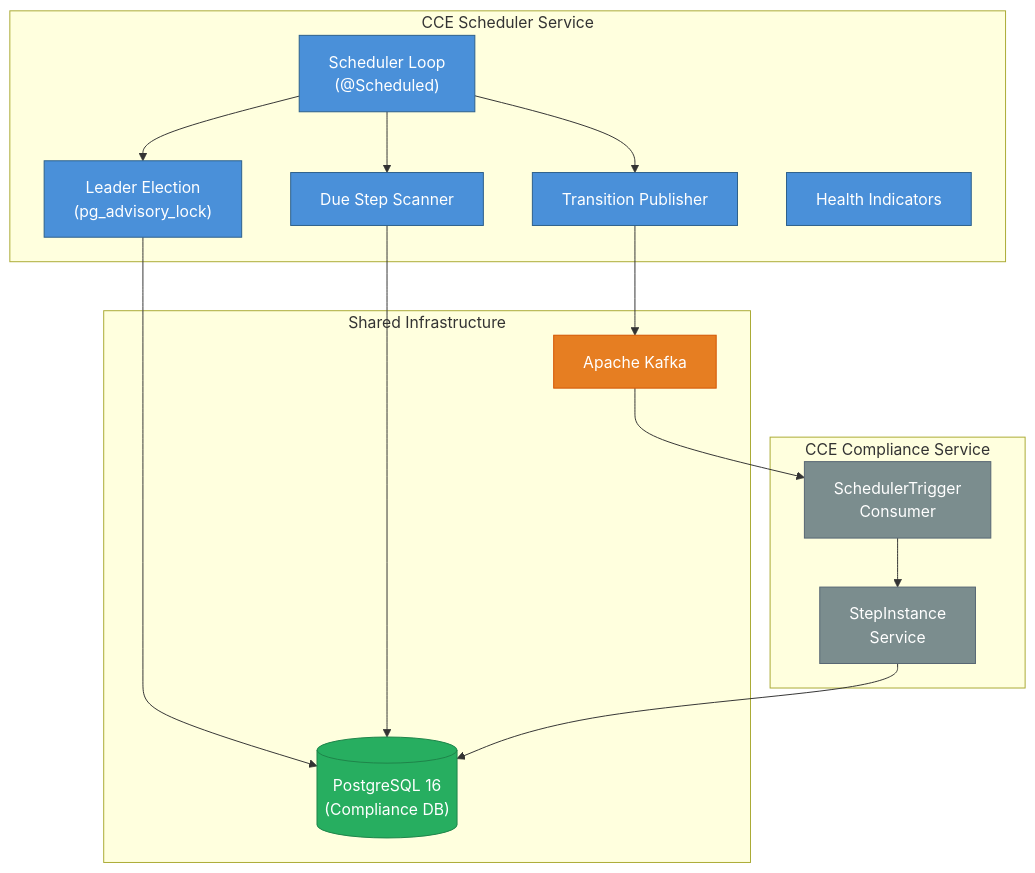
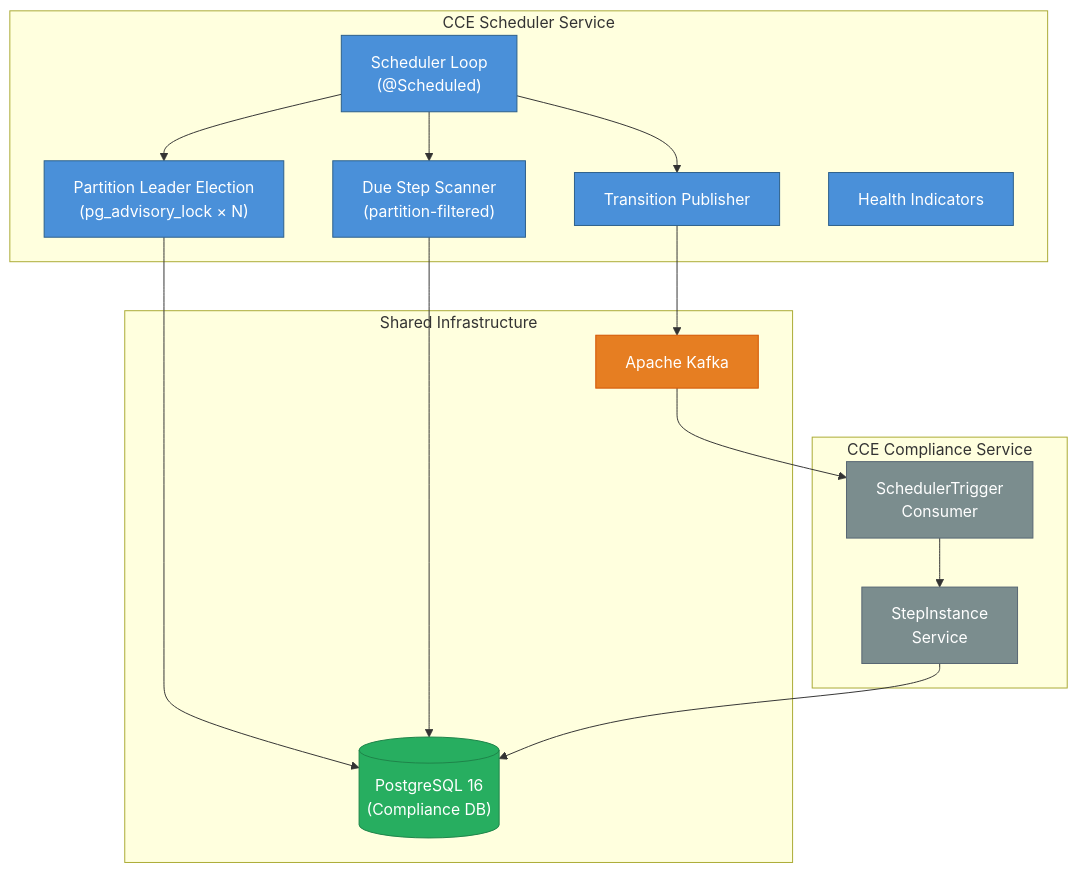
The diagram in docs/architecture-overview.md (Jayaprakash8887/cce-scheduler-service), drawn with Mermaid before and after one commit. The commit also changed other lines of this file and 5 other files, not shown here.

````diff
--- a/docs/architecture-overview.md
+++ b/docs/architecture-overview.md
@@ -7,40 +7,40 @@
 ```mermaid
 graph TB
     subgraph CCE Scheduler Service
-        LEADER["Leader Election<br/>(pg_advisory_lock)"]
+        LEADER["Partition Leader Election<br/>(pg_advisory_lock × N)"]
         LOOP["Scheduler Loop<br/>(@Scheduled)"]
-        SCANNER["Due Step Scanner"]
+        SCANNER["Due Step Scanner<br/>(partition-filtered)"]
         PUBLISHER["Transition Publisher"]
         HEALTH["Health Indicators"]
     end
 
     subgraph Shared Infrastructure
         DB[("PostgreSQL 16<br/>(Compliance DB)")]
         KAFKA["Apache Kafka"]
     end
 
     subgraph CCE Compliance Service
         CONSUMER["SchedulerTrigger<br/>Consumer"]
         STEP_SVC["StepInstance<br/>Service"]
     end
 
     LEADER --> DB
     LOOP --> LEADER
     LOOP --> SCANNER
     LOOP --> PUBLISHER
     SCANNER --> DB
     PUBLISHER --> KAFKA
     KAFKA --> CONSUMER
     CONSUMER --> STEP_SVC
     STEP_SVC --> DB
 
     classDef service fill:#4A90D9,stroke:#2C5F8A,color:white
     classDef data fill:#27AE60,stroke:#1E8449,color:white
     classDef broker fill:#E67E22,stroke:#D35400,color:white
     classDef external fill:#7B8D8E,stroke:#566573,color:white
 
     class LEADER,LOOP,SCANNER,PUBLISHER,HEALTH service
     class DB data
     class KAFKA broker
     class CONSUMER,STEP_SVC external
 ```
````
